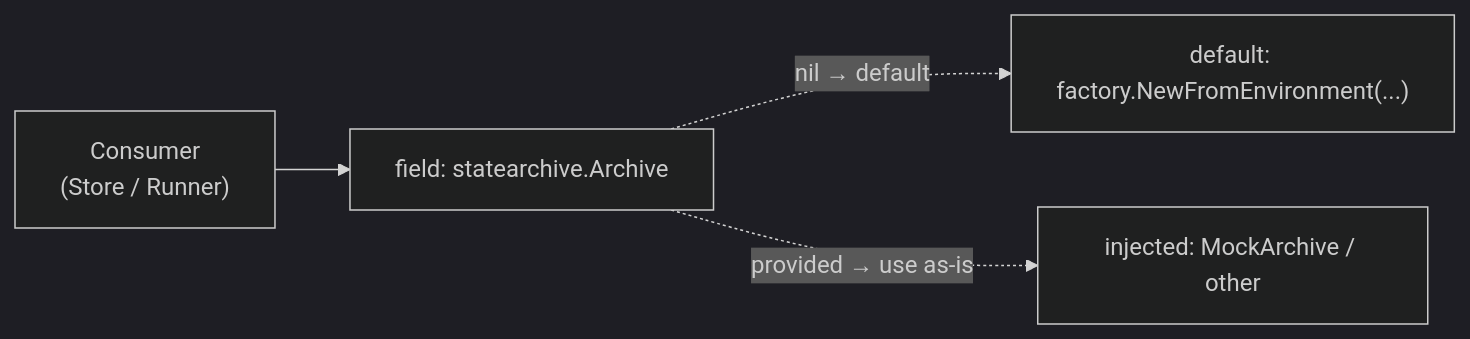
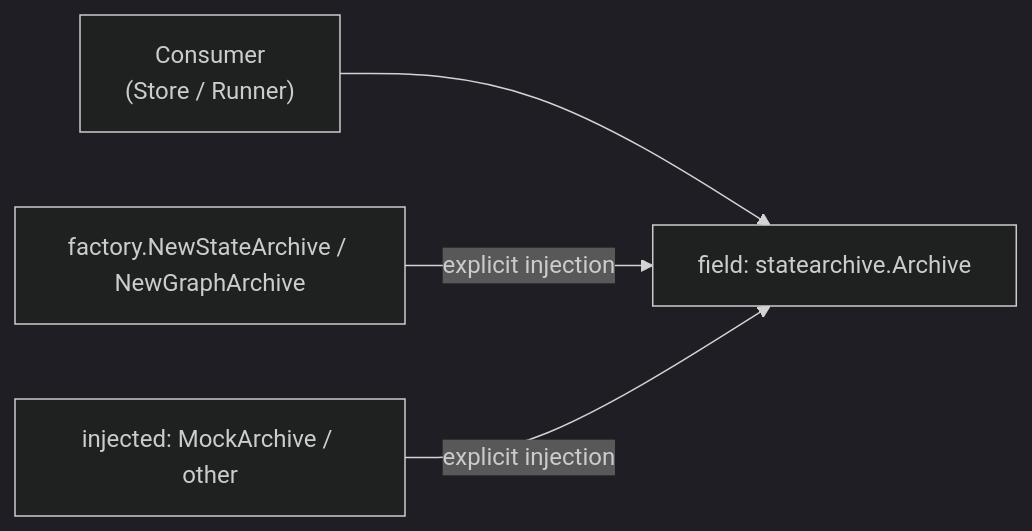
One commit to radius-project/radius changed the third of 3 diagrams in docs/architecture/state-archive.md. Above: the diagram before and after it, drawn with Mermaid (dark theme). The commit also changed other lines of this file and 28 other files, not shown here.

````diff
--- a/docs/architecture/state-archive.md
+++ b/docs/architecture/state-archive.md
@@ -239,11 +187,11 @@
 ```mermaid
 graph LR
     Consumer["Consumer<br/>(Store / Runner)"]
     Field["field: statearchive.Archive"]
-    Default["default: factory.NewFromEnvironment(...)"]
+    Default["factory.NewStateArchive / NewGraphArchive"]
     Inject["injected: MockArchive / other"]
 
     Consumer --> Field
-    Field -.->|"nil → default"| Default
-    Field -.->|"provided → use as-is"| Inject
+    Default -->|"explicit injection"| Field
+    Inject -->|"explicit injection"| Field
 ```
````
